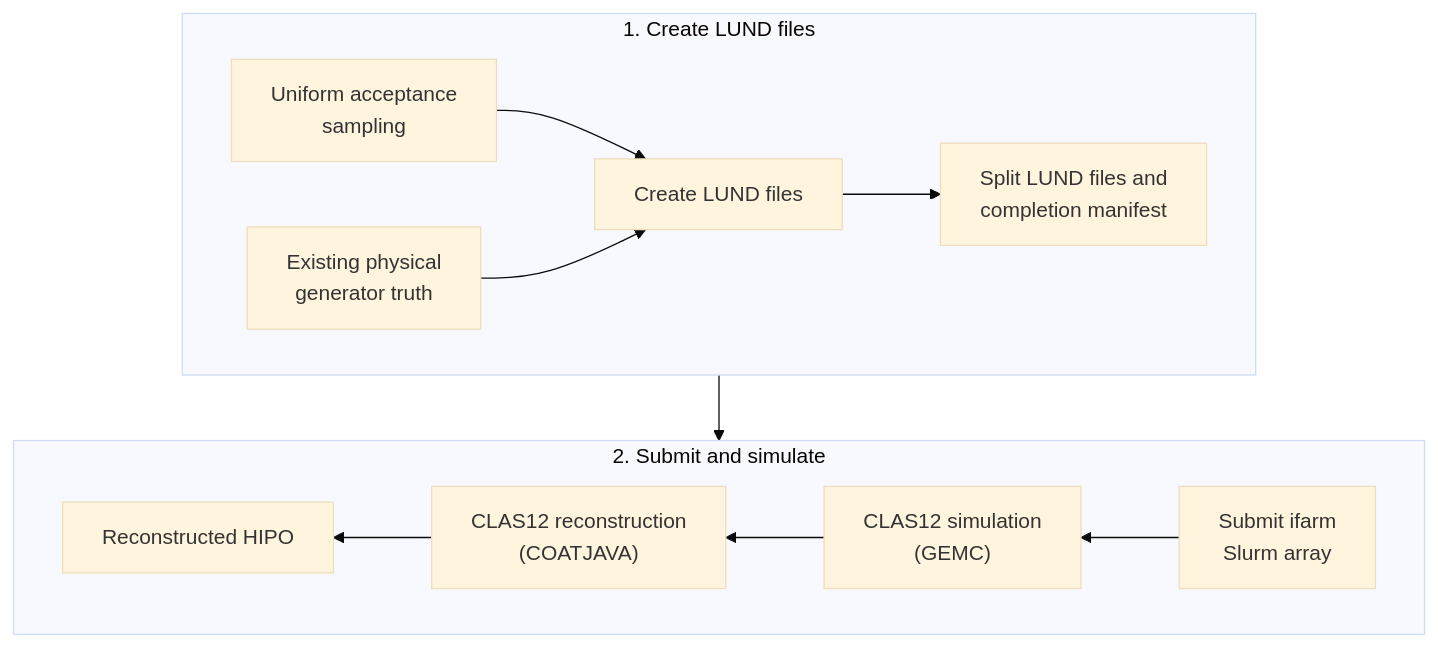
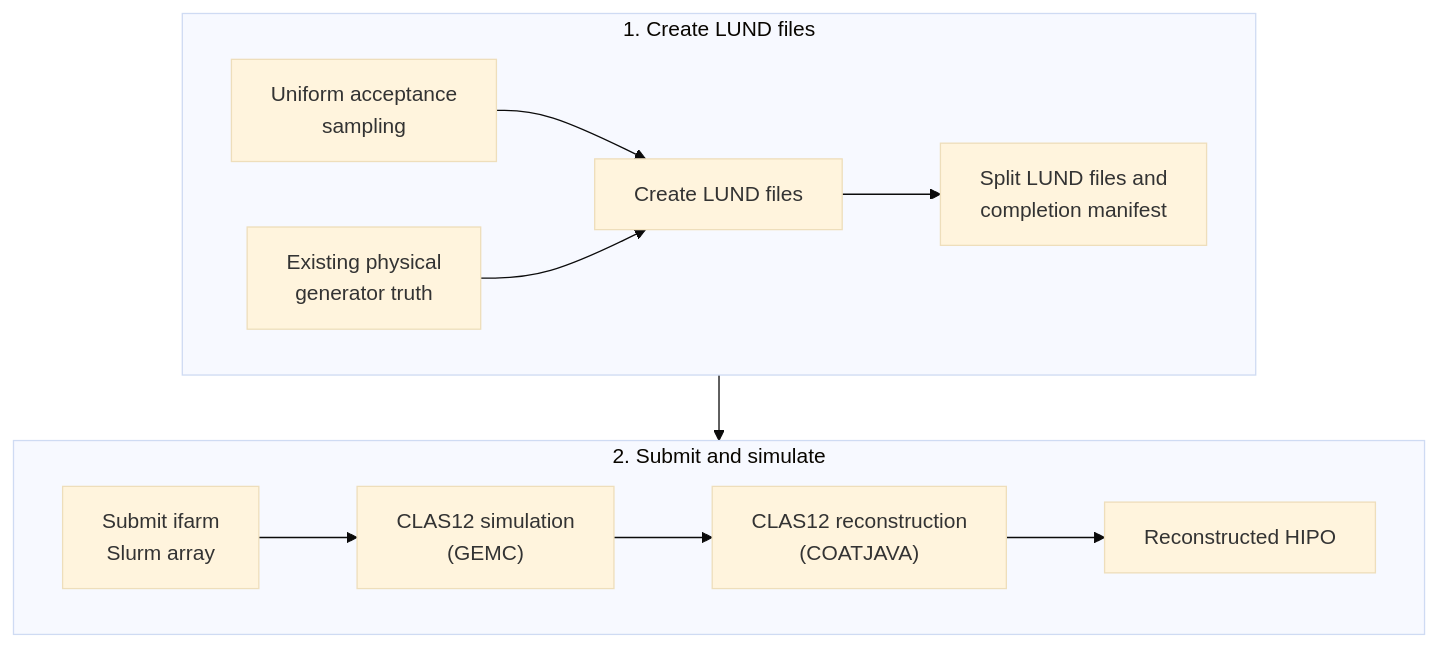
Before and after one commit to alons126/CLAS12-sample-generator: the diagram in docs/index.md, drawn with Mermaid (base theme).

Commit message:
Reverse simulation row layout

````diff
--- a/docs/index.md
+++ b/docs/index.md
@@ -5,18 +5,18 @@
 ```mermaid
 flowchart TB
     subgraph CREATE["1. Create LUND files"]
         direction LR
         U["Uniform acceptance<br/>sampling"] --> C["Create LUND files"]
         P["Existing physical<br/>generator truth"] --> C
         C --> L["Split LUND files and<br/>completion manifest"]
     end
 
     subgraph SIMULATE["2. Submit and simulate"]
-        direction RL
+        direction LR
         S["Submit ifarm<br/>Slurm array"] --> G["CLAS12 simulation<br/>(GEMC)"]
         G --> R["CLAS12 reconstruction<br/>(COATJAVA)"]
         R --> H["Reconstructed HIPO"]
     end
 
     CREATE --> SIMULATE
 ```
````
